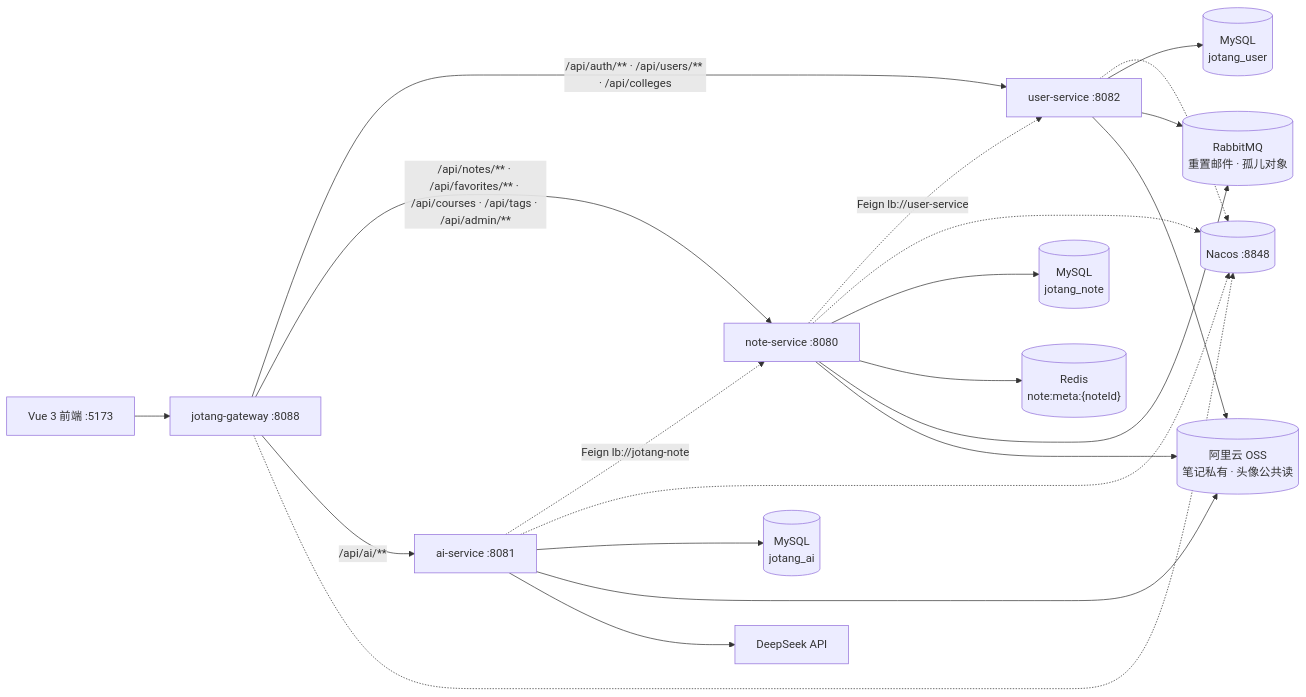
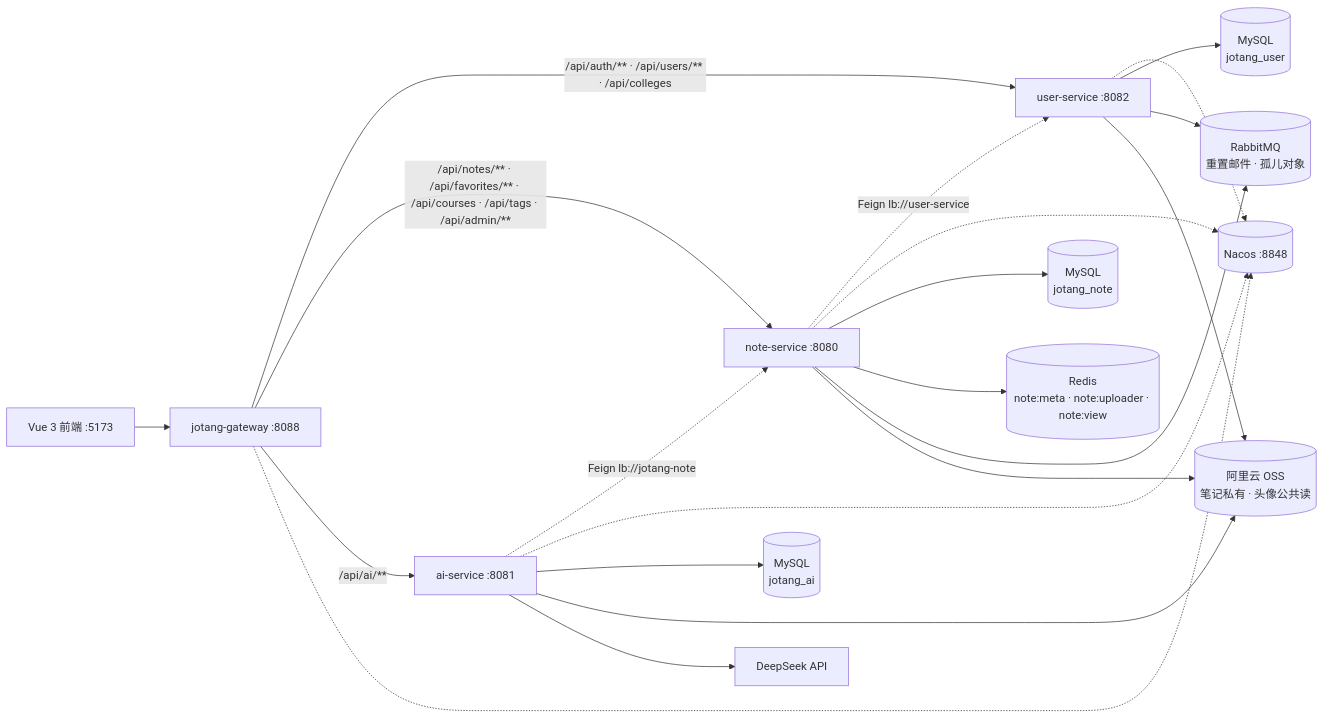
One commit to ShiwarHoufu/jotang-note changed the first of 4 diagrams in docs/系统设计.md. Above: the diagram before and after it, drawn with Mermaid. The commit also changed 16 other files, not shown here.

````diff
--- a/docs/系统设计.md
+++ b/docs/系统设计.md
@@ -28,27 +28,27 @@
 ```mermaid
 flowchart LR
   FE["Vue 3 前端 :5173"] --> GW["jotang-gateway :8088"]
 
   GW -->|"/api/auth/** · /api/users/** · /api/colleges"| USER["user-service :8082"]
   GW -->|"/api/notes/** · /api/favorites/** · /api/courses · /api/tags · /api/admin/**"| NOTE["note-service :8080"]
   GW -->|"/api/ai/**"| AI["ai-service :8081"]
 
   NOTE -.->|"Feign lb://user-service"| USER
   AI -.->|"Feign lb://jotang-note"| NOTE
 
   GW -.-> NACOS[("Nacos :8848")]
   USER -.-> NACOS
   NOTE -.-> NACOS
   AI -.-> NACOS
 
   USER --> DBU[("MySQL<br/>jotang_user")]
   NOTE --> DBN[("MySQL<br/>jotang_note")]
   AI --> DBA[("MySQL<br/>jotang_ai")]
-  NOTE --> REDIS[("Redis<br/>note:meta:{noteId}")]
+  NOTE --> REDIS[("Redis<br/>note:meta · note:uploader · note:view")]
   USER --> MQ[("RabbitMQ<br/>重置邮件 · 孤儿对象")]
   NOTE --> MQ
   USER --> OSS[("阿里云 OSS<br/>笔记私有 · 头像公共读")]
   NOTE --> OSS
   AI --> OSS
   AI --> LLM["DeepSeek API"]
 ```
````
